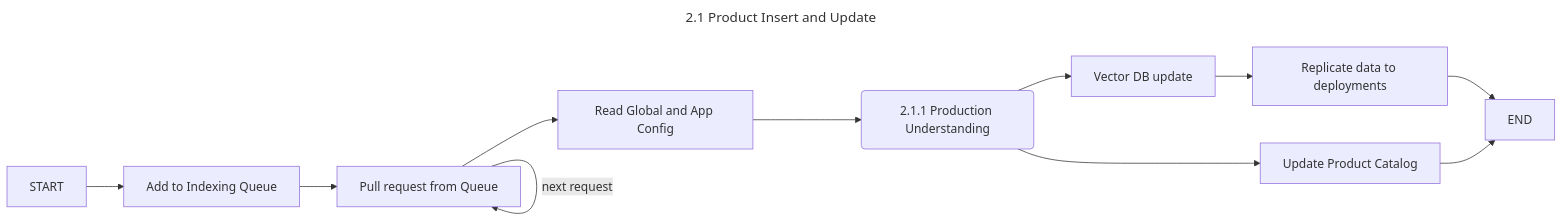
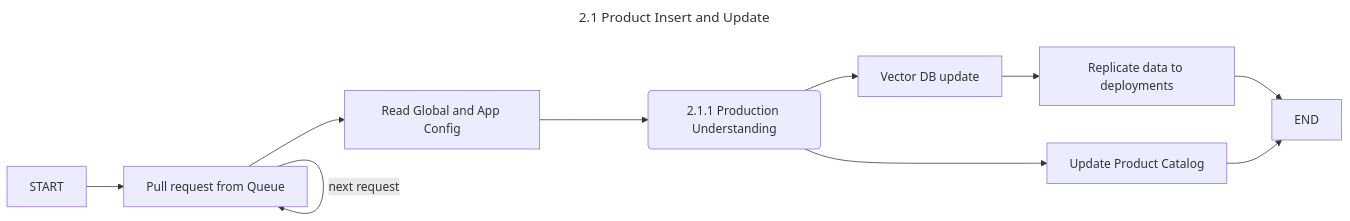
Before and after one commit to zchangvs/diagram: the diagram in 2_1_Product_insert_update.md, drawn with Mermaid.

````diff
--- a/2_1_Product_insert_update.md
+++ b/2_1_Product_insert_update.md
@@ -1,16 +1,15 @@
 ```mermaid
 ---
 title: 2.1 Product Insert and Update
 ---
 flowchart LR
-    ST[START] --> IQ[Add to Indexing Queue]
-    IQ --> PQ[Pull request from Queue]
+    ST[START] --> PQ[Pull request from Queue]
     PQ -- next request --> PQ
     PQ --> RC[Read Global and App Config]
     RC --> PU(2.1.1 Production Understanding)
     PU --> CU[Update Product Catalog]
     PU --> VD[Vector DB update]
     VD --> REP[Replicate data to deployments]
     REP --> ED[END]
     CU --> ED
 ```
````
